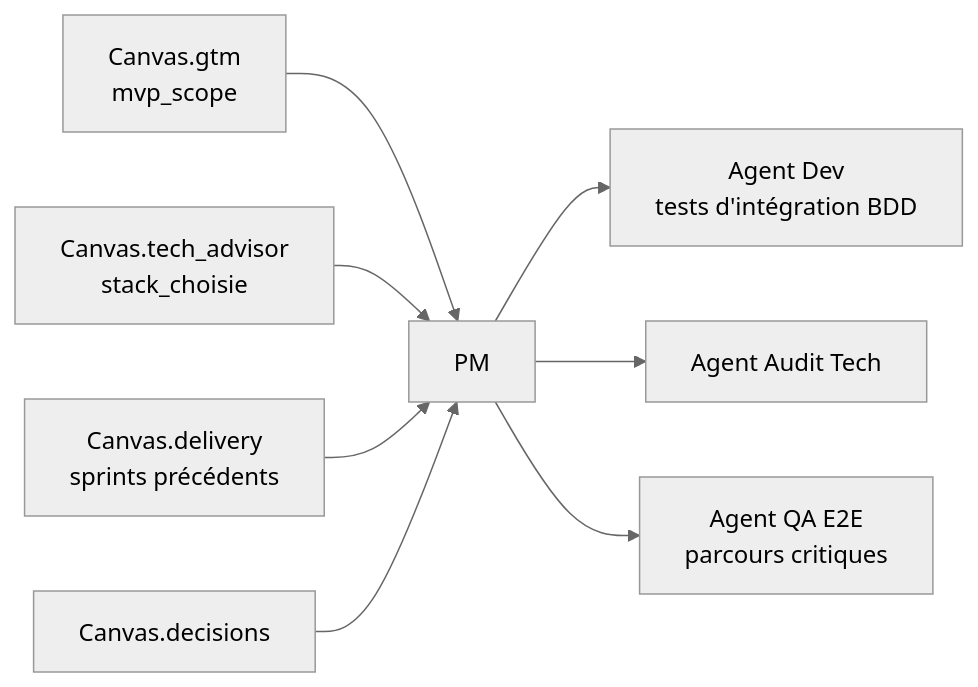
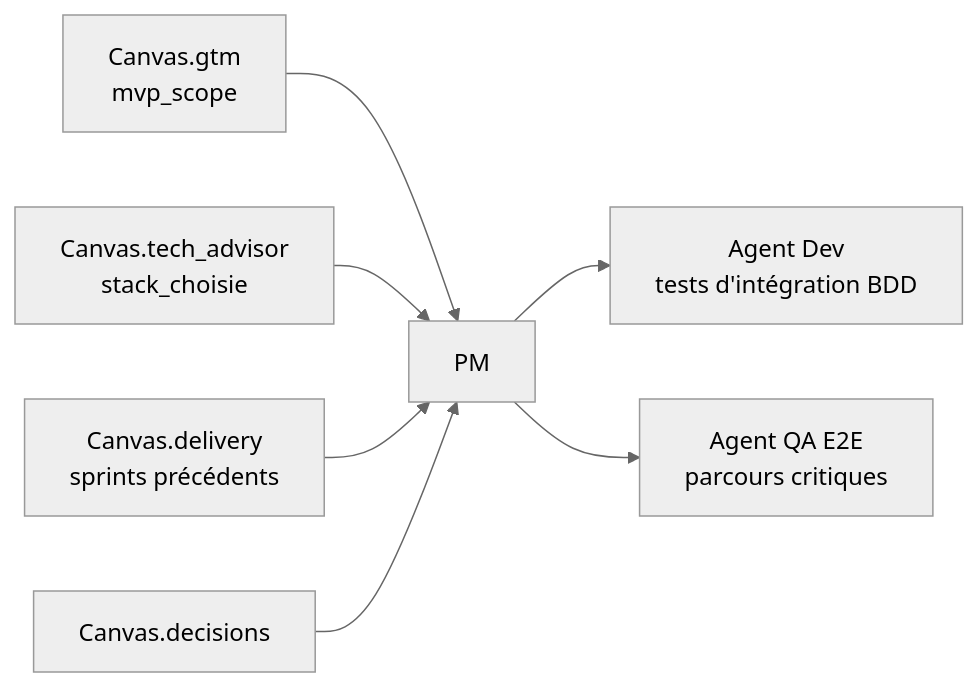
The diagram in agents/pm.md (VincentG32/solo-builder-ai), drawn with Mermaid (neutral theme) before and after one commit. The commit also changed other lines of this file and 16 other files, not shown here.

````diff
--- a/agents/pm.md
+++ b/agents/pm.md
@@ -540,10 +540,9 @@
 ```mermaid
 flowchart LR
     A[Canvas.gtm<br/>mvp_scope] --> PM[PM]
     B[Canvas.tech_advisor<br/>stack_choisie] --> PM
     C[Canvas.delivery<br/>sprints précédents] --> PM
     D[Canvas.decisions] --> PM
     PM --> E[Agent Dev<br/>tests d'intégration BDD]
-    PM --> F[Agent Audit Tech]
     PM --> G[Agent QA E2E<br/>parcours critiques]
 ```
````
